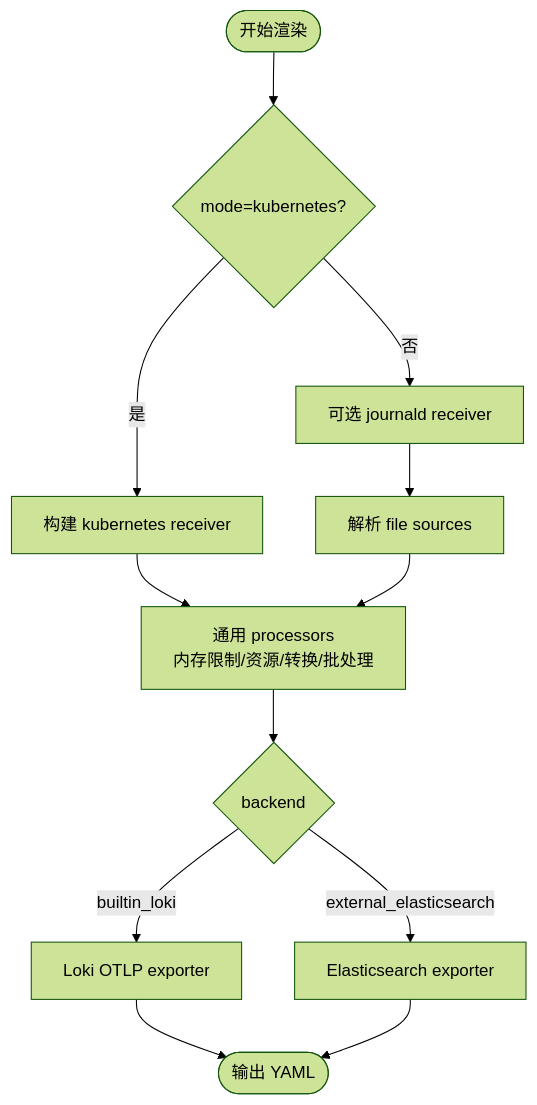
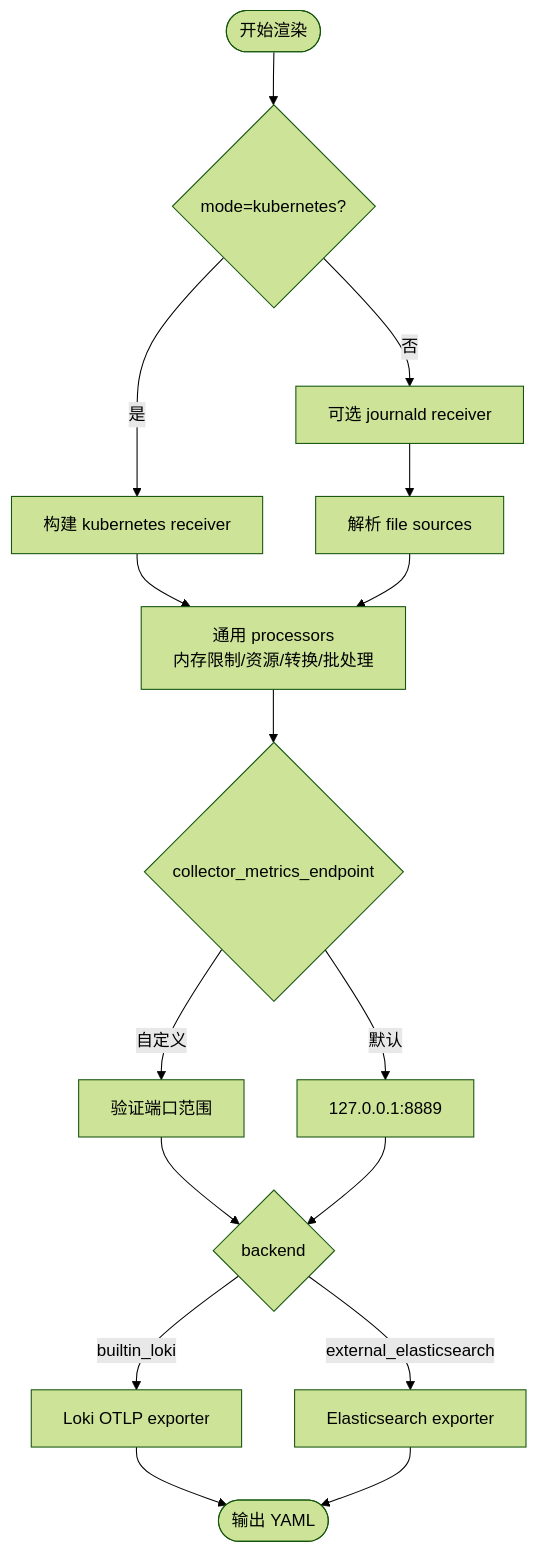
The third of 5 diagrams in .qoder/repowiki/zh/content/架构设计/扩展性设计/插件系统/内置插件详解/日志采集插件.md (xied1133-oss/ongrid), drawn with Mermaid (forest theme) before and after one commit. The commit also changed other lines of this file and 30 other files, not shown here.

````diff
--- a/.qoder/repowiki/zh/content/架构设计/扩展性设计/插件系统/内置插件详解/日志采集插件.md
+++ b/.qoder/repowiki/zh/content/架构设计/扩展性设计/插件系统/内置插件详解/日志采集插件.md
@@ -134,14 +160,18 @@
 ```mermaid
 flowchart TD
 Start(["开始渲染"]) --> Mode{"mode=kubernetes?"}
 Mode --> |是| KR["构建 kubernetes receiver"]
 Mode --> |否| JR["可选 journald receiver"]
 JR --> FS["解析 file sources"]
 KR --> PR["通用 processors<br/>内存限制/资源/转换/批处理"]
 FS --> PR
-PR --> EX{"backend"}
+PR --> CM{"collector_metrics_endpoint"}
+CM --> |默认| DM["127.0.0.1:8889"]
+CM --> |自定义| VM["验证端口范围"]
+VM --> EX{"backend"}
+DM --> EX
 EX --> |builtin_loki| LO["Loki OTLP exporter"]
 EX --> |external_elasticsearch| ES["Elasticsearch exporter"]
 LO --> End(["输出 YAML"])
 ES --> End
 ```
````
